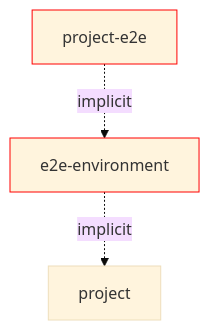
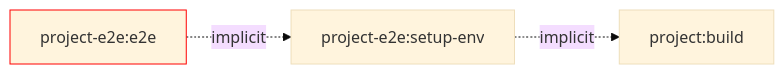
Before and after one commit to push-based/nx-verdaccio: the fifth of 6 diagrams in README.md, drawn with Mermaid (base theme). The commit also changed other lines of this file, not shown here.

Commit message:
docs(build-env): adopt task graph diagrams

````diff
--- a/README.md
+++ b/README.md
@@ -126,8 +124,7 @@
 ```mermaid
-flowchart TB
-project-e2e:::project-e2e-.implicit.->e2e-environment:::e2e-environment;
-e2e-environment-.implicit.->project:::project;
-
-classDef project-e2e stroke:#f00
-classDef e2e-environment stroke:#f00
+flowchart LR
+P[project-e2e:e2e]:::e2e-.implicit.->S[project-e2e:setup-env]:::build;
+S-.implicit.->E[project:build]:::build;
+classDef e2e stroke:#f00
+classDef setup-env stroke:#f00
 ```
````
